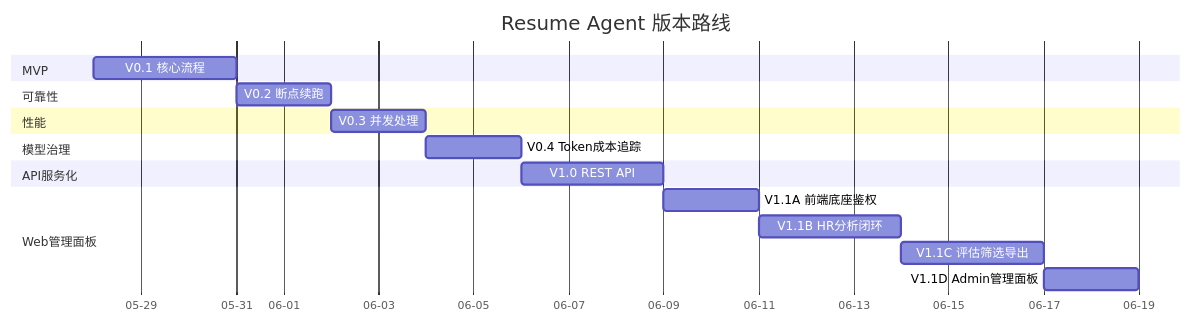
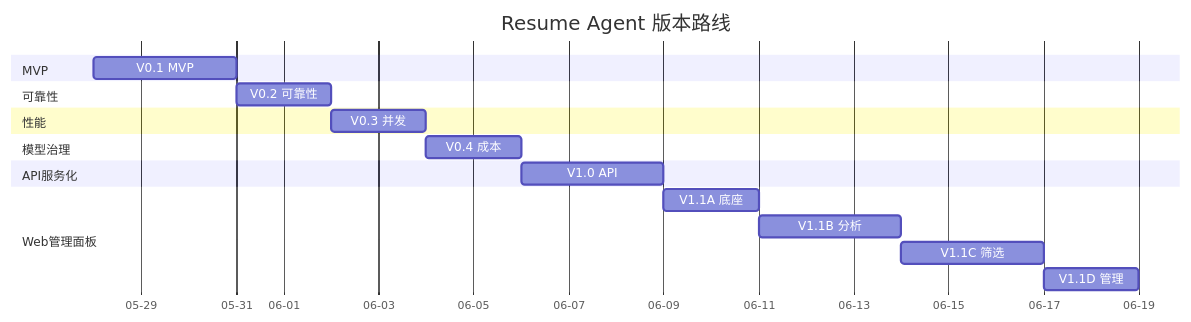
Before and after one commit to MT-SUPER-POWER/ResumeAgent: the first of 7 diagrams in docs/roadmap.md, drawn with Mermaid.

Commit message:
fix(docs): 缩短 roadmap 甘特图标签

````diff
--- a/docs/roadmap.md
+++ b/docs/roadmap.md
@@ -16,27 +16,27 @@
 ```mermaid
 gantt
   title Resume Agent 版本路线
   dateFormat  YYYY-MM-DD
   axisFormat  %m-%d
 
   section MVP
-  V0.1 核心流程     :v01, 2026-05-28, 3d
+  V0.1 MVP       :v01, 2026-05-28, 3d
 
   section 可靠性
-  V0.2 断点续跑     :v02, 2026-05-31, 2d
+  V0.2 可靠性     :v02, 2026-05-31, 2d
 
   section 性能
-  V0.3 并发处理     :v03, 2026-06-02, 2d
+  V0.3 并发      :v03, 2026-06-02, 2d
 
   section 模型治理
-  V0.4 Token成本追踪 :v04, 2026-06-04, 2d
+  V0.4 成本      :v04, 2026-06-04, 2d
 
   section API服务化
-  V1.0 REST API        :v10, 2026-06-06, 3d
+  V1.0 API       :v10, 2026-06-06, 3d
 
   section Web管理面板
-  V1.1A 前端底座鉴权    :v11a, 2026-06-09, 2d
-  V1.1B HR分析闭环      :v11b, 2026-06-11, 3d
-  V1.1C 评估筛选导出    :v11c, 2026-06-14, 3d
-  V1.1D Admin管理面板   :v11d, 2026-06-17, 2d
+  V1.1A 底座     :v11a, 2026-06-09, 2d
+  V1.1B 分析     :v11b, 2026-06-11, 3d
+  V1.1C 筛选     :v11c, 2026-06-14, 3d
+  V1.1D 管理     :v11d, 2026-06-17, 2d
 ```
````
